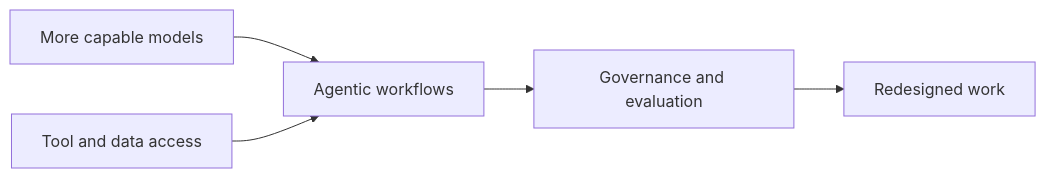
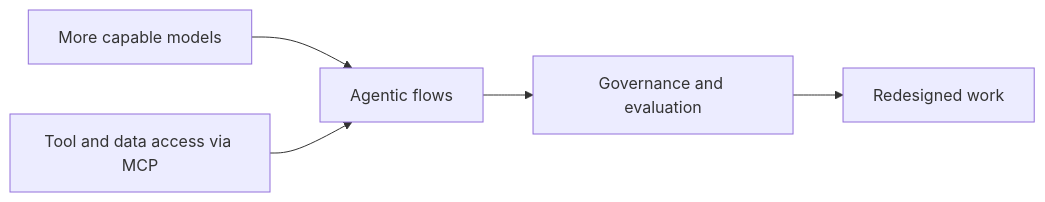
Before and after one commit to naren-allam/agents-beginners: the first of 9 diagrams in book/chapters/chapter-07-the-future-of-agentic-ai-and-your-role.md, drawn with Mermaid. The commit also changed other lines of this file and 28 other files, not shown here.

````diff
--- a/book/chapters/chapter-07-the-future-of-agentic-ai-and-your-role.md
+++ b/book/chapters/chapter-07-the-future-of-agentic-ai-and-your-role.md
@@ -9,13 +9,13 @@
 ```mermaid
 flowchart LR
     Models["More capable models"]
-    Tools["Tool and data access"]
-    Agents["Agentic workflows"]
+    Tools["Tool and data access via MCP"]
+    Flows["Agentic flows"]
     Governance["Governance and evaluation"]
     Work["Redesigned work"]
 
-    Models --> Agents
-    Tools --> Agents
-    Agents --> Governance
+    Models --> Flows
+    Tools --> Flows
+    Flows --> Governance
     Governance --> Work
 ```
````
